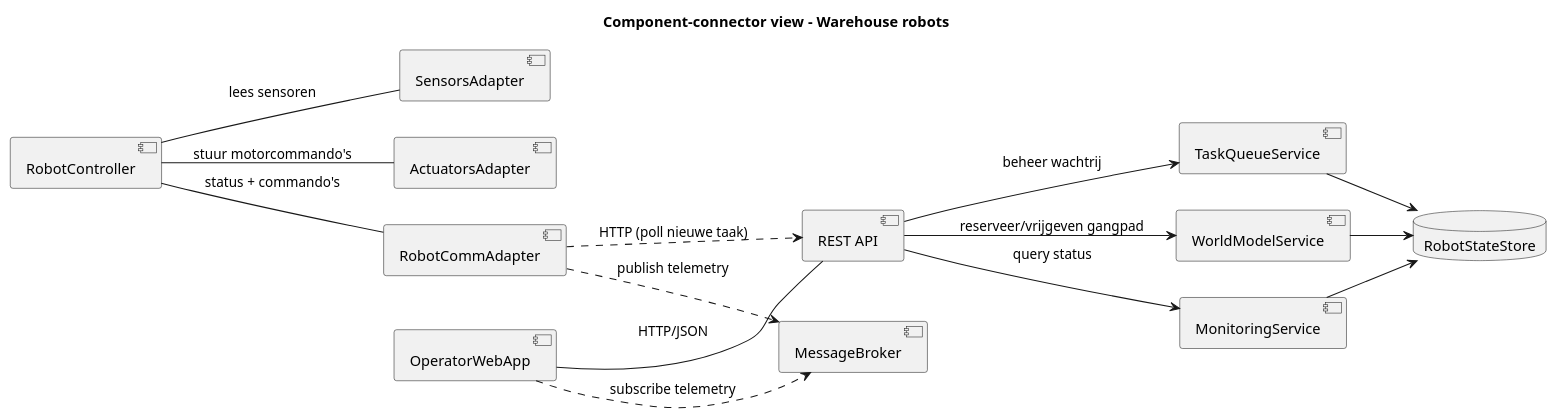
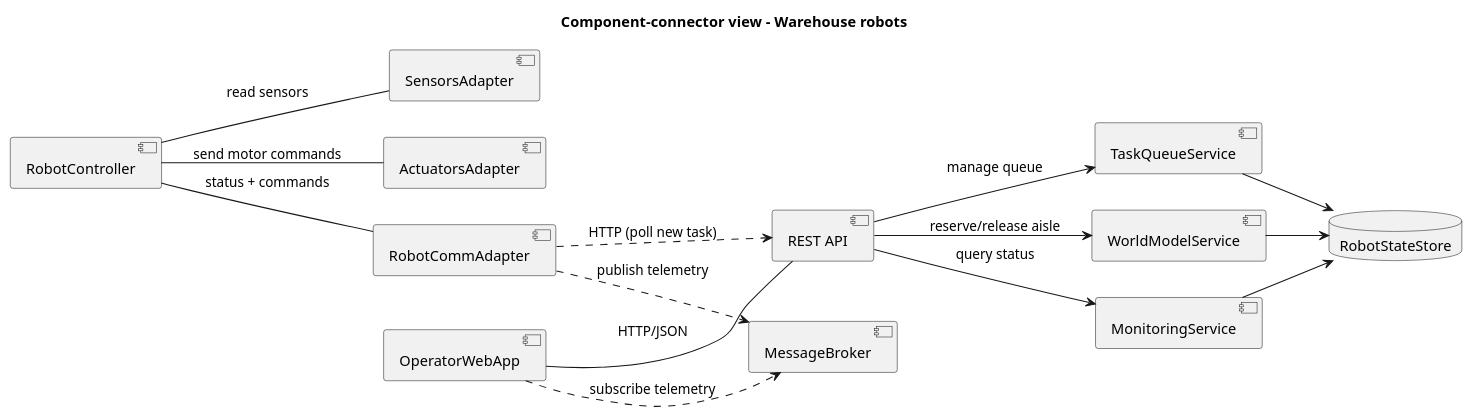
Before and after one commit to JitseLambrichts/Diagrams_For_Project_Cyber_Physical_Systems: the diagram in component-connector_view.puml, drawn with PlantUML. The commit also changed 1 other file, not shown here.

```diff
--- a/component-connector_view.puml
+++ b/component-connector_view.puml
@@ -1,47 +1,47 @@
 @startuml ComponentConnectorView
 title Component-connector view - Warehouse robots
 
 left to right direction
 
 ' Robotzijde
 component "RobotController" as RC
 component "SensorsAdapter" as SA
 component "ActuatorsAdapter" as AA
 component "RobotCommAdapter" as RCA
 
 ' Centraal
 component "REST API" as REST
 component "TaskQueueService" as TQS
 component "WorldModelService" as WMS
 component "MonitoringService" as MON
 database "RobotStateStore" as DB
 
 ' Broker voor telemetrie (optioneel)
 component "MessageBroker" as MB
 
 ' Web UI
 component "OperatorWebApp" as UI
 
 ' Connecties robot
-RC -- SA : lees sensoren
-RC -- AA : stuur motorcommando's
-RC -- RCA : status + commando's
+RC -- SA : read sensors
+RC -- AA : send motor commands
+RC -- RCA : status + commands
 
 ' Robot <-> backend (bv. HTTP/WebSocket/MQTT)
-RCA ..> REST : HTTP (poll nieuwe taak)
+RCA ..> REST : HTTP (poll new task)
 RCA ..> MB : publish telemetry
 
 ' Backend intern
-REST --> TQS : beheer wachtrij
-REST --> WMS : reserveer/vrijgeven gangpad
+REST --> TQS : manage queue
+REST --> WMS : reserve/release aisle
 REST --> MON : query status
 
 TQS --> DB
 WMS --> DB
 MON --> DB
 
 ' UI <-> backend
 UI -- REST : HTTP/JSON
 UI ..> MB : subscribe telemetry
 
 @enduml
```
